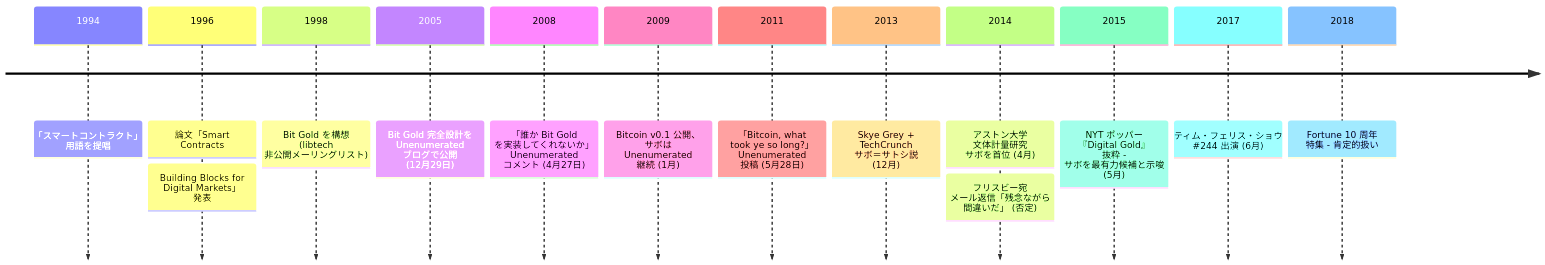
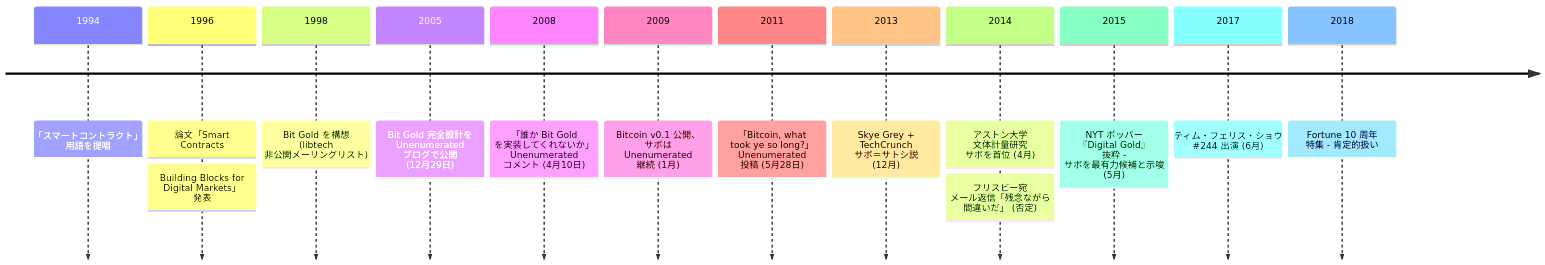
One commit to cypher256/BitcoinArchive changed the diagram in src/data/translations/ja/aftermath/2005-12-29-nick-szabo-biography.md. Above: the diagram before and after it, drawn with Mermaid. The commit also changed other lines of this file and 24 other files, not shown here.

First line of the commit message:
Correct Szabo bit-gold implementation-request date to Apr 10, 2008

````diff
--- a/src/data/translations/ja/aftermath/2005-12-29-nick-szabo-biography.md
+++ b/src/data/translations/ja/aftermath/2005-12-29-nick-szabo-biography.md
@@ -62,22 +62,22 @@
 ```mermaid
 timeline
     1994 : 「スマートコントラクト」 用語を提唱
     1996 : 論文「Smart Contracts: Building Blocks for Digital Markets」 発表
     1998 : Bit Gold を構想 (libtech 非公開メーリングリスト)
     2005 : Bit Gold 完全設計を Unenumerated ブログで公開 (12月29日)
-    2008 : 「誰か Bit Gold を実装してくれないか」 Unenumerated コメント (4月27日)
-    %% link: /BitcoinArchive/ja/entries/aftermath/2008-04-27-nick-szabo-bit-gold-implementation-request/
+    2008 : 「誰か Bit Gold を実装してくれないか」 Unenumerated コメント (4月10日)
+    %% link: /BitcoinArchive/ja/entries/aftermath/2008-04-10-nick-szabo-bit-gold-implementation-request/
     2009 : Bitcoin v0.1 公開、 サボは Unenumerated 継続 (1月)
     %% link: /BitcoinArchive/ja/entries/aftermath/2009-01-09-bitcoin-v01-released/
     2011 : 「Bitcoin, what took ye so long?」 Unenumerated 投稿 (5月28日)
     %% link: /BitcoinArchive/ja/entries/aftermath/2011-05-28-nick-szabo-bitcoin-what-took-ye-so-long/
     2013 : Skye Grey + TechCrunch サボ＝サトシ説 (12月)
     %% link: /BitcoinArchive/ja/entries/aftermath/2013-12-05-techcrunch-skye-grey-szabo-stylometric/
     2014 : アストン大学 文体計量研究 サボを首位 (4月)
     %% link: /BitcoinArchive/ja/entries/aftermath/2014-04-16-aston-university-szabo-stylometric-study/
          : フリスビー宛 メール返信「残念ながら 間違いだ」 (否定)
     2015 : NYT ポッパー 『Digital Gold』 抜粋 - サボを最有力候補と示唆 (5月)
     %% link: /BitcoinArchive/ja/entries/aftermath/2015-05-15-popper-nyt-szabo-satoshi-investigation/
     2017 : ティム・フェリス・ショウ #244 出演 (6月)
     2018 : Fortune 10 周年 特集 - 肯定的扱い
 ```
````
